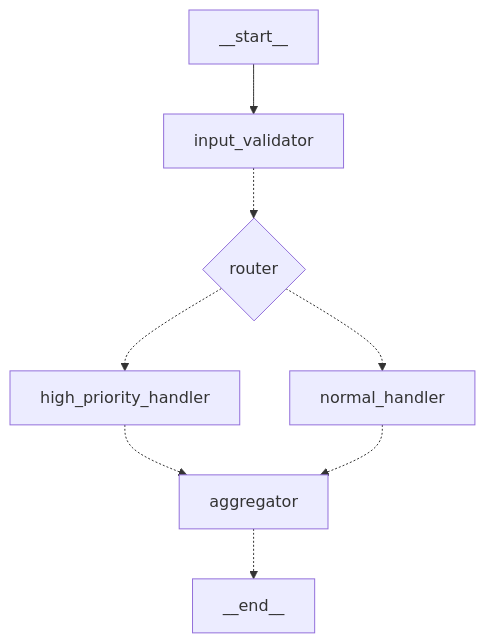
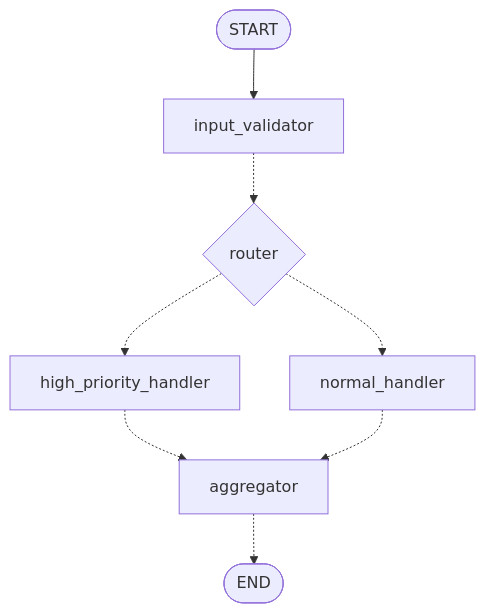
Before and after one commit to hupe1980/agentmesh: the diagram in examples/graph_introspection/graph.mmd, drawn with Mermaid. The commit also changed 199 other files, not shown here.

```diff
--- a/examples/graph_introspection/graph.mmd
+++ b/examples/graph_introspection/graph.mmd
@@ -1,13 +1,15 @@
 graph TD
+    __start__([START])
+    __end__([END])
     input_validator[input_validator]
     router{router}
     high_priority_handler[high_priority_handler]
     normal_handler[normal_handler]
     aggregator[aggregator]
     __start__ --> input_validator
-    input_validator -.-> router
     router -.-> high_priority_handler
     router -.-> normal_handler
     high_priority_handler -.-> aggregator
     normal_handler -.-> aggregator
     aggregator -.-> __end__
+    input_validator -.-> router
```
